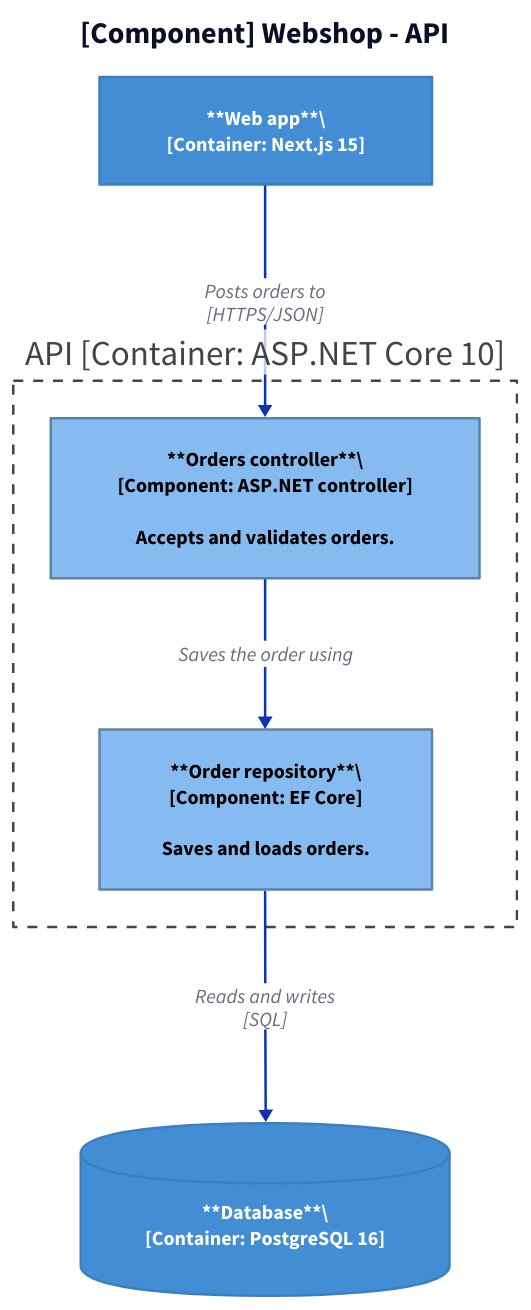
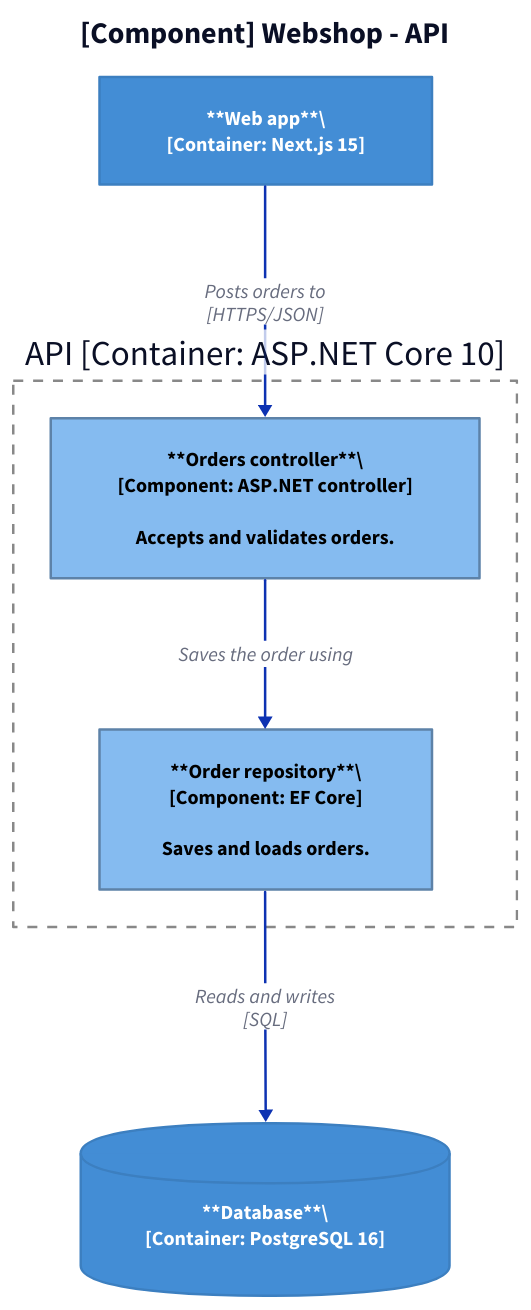
The third of 5 diagrams in skill/explaining-code/reference/c4-model.md (ATkingma/KingmaDoc), drawn with D2 before and after one commit. The commit also changed other lines of this file and 11 other files, not shown here.

First line of the commit message:
fix: dark-mode-safe diagrams, render warnings, VS Code preview prompt

````diff
--- a/skill/explaining-code/reference/c4-model.md
+++ b/skill/explaining-code/reference/c4-model.md
@@ -208,46 +208,46 @@
 ```d2
 classes: {
   container: {shape: rectangle; style: {fill: "#438dd5"; stroke: "#3c7fc0"; font-color: "#ffffff"}}
   database: {shape: cylinder; style: {fill: "#438dd5"; stroke: "#3c7fc0"; font-color: "#ffffff"}}
   component: {shape: rectangle; style: {fill: "#85bbf0"; stroke: "#5d82a8"; font-color: "#000000"}}
-  boundary: {style: {fill: "#ffffff"; stroke: "#444444"; stroke-dash: 4; font-color: "#444444"}}
+  boundary: {style: {fill: transparent; stroke: "#888888"; stroke-dash: 4}}
 }
 title: "[Component] Webshop - API" {shape: text; near: top-center; style: {font-size: 24; bold: true}}
 vars: {
   d2-legend: {
     c: Container {class: container}
     k: Component {class: component}
     d: Container: data store {class: database}
     bd: Container boundary {class: boundary}
     a: "" {style.opacity: 0}
     b: "" {style.opacity: 0}
     a -> b: Relationship
   }
 }
 web: |md
   **Web app**\
   [Container: Next.js 15]
 | {class: container}
 api: "API [Container: ASP.NET Core 10]" {
   class: boundary
   orders: |md
     **Orders controller**\
     [Component: ASP.NET controller]
 
     Accepts and validates orders.
   | {class: component}
   store: |md
     **Order repository**\
     [Component: EF Core]
 
     Saves and loads orders.
   | {class: component}
 }
 db: |md
   **Database**\
   [Container: PostgreSQL 16]
 | {class: database}
 web -> api.orders: "Posts orders to\n[HTTPS/JSON]"
 api.orders -> api.store: "Saves the order using"
 api.store -> db: "Reads and writes\n[SQL]"
 ```
````
